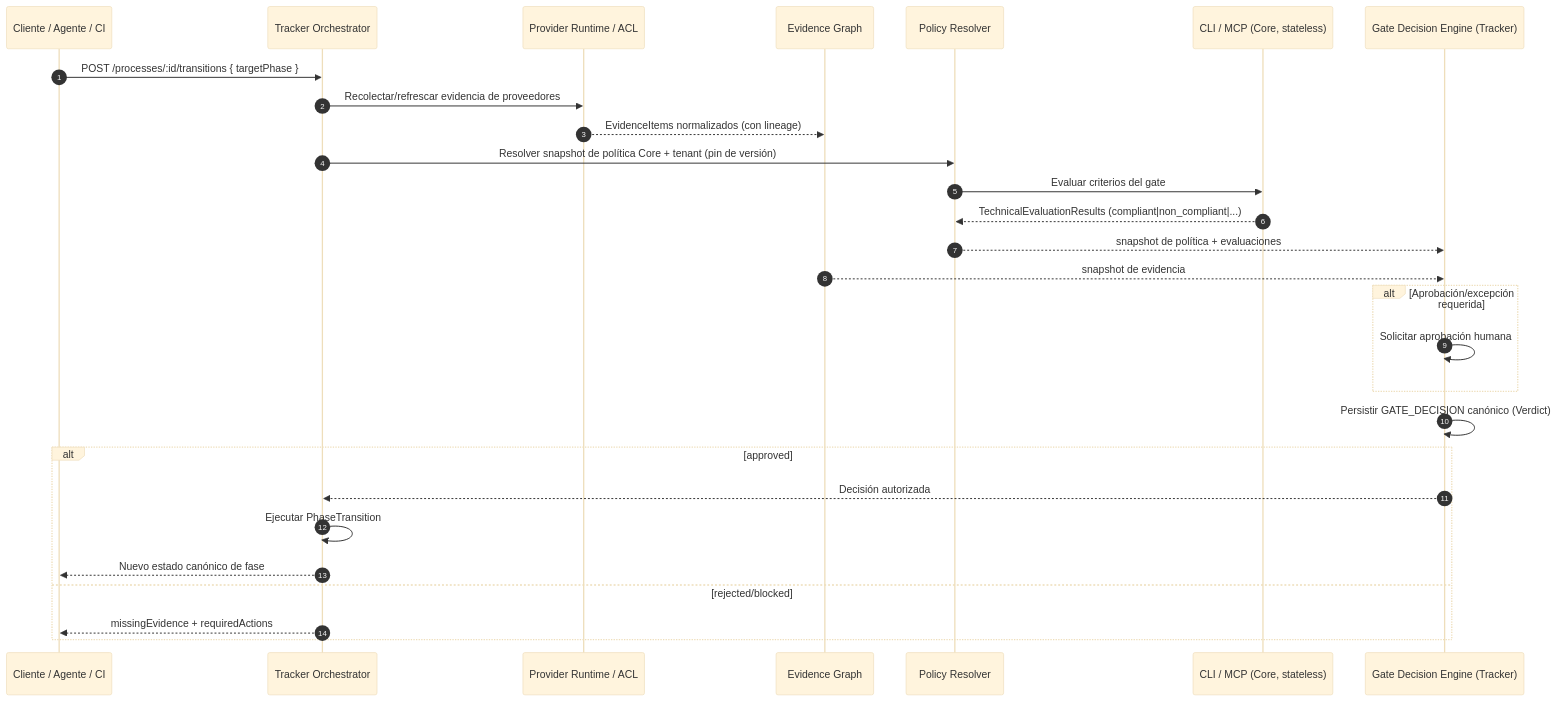
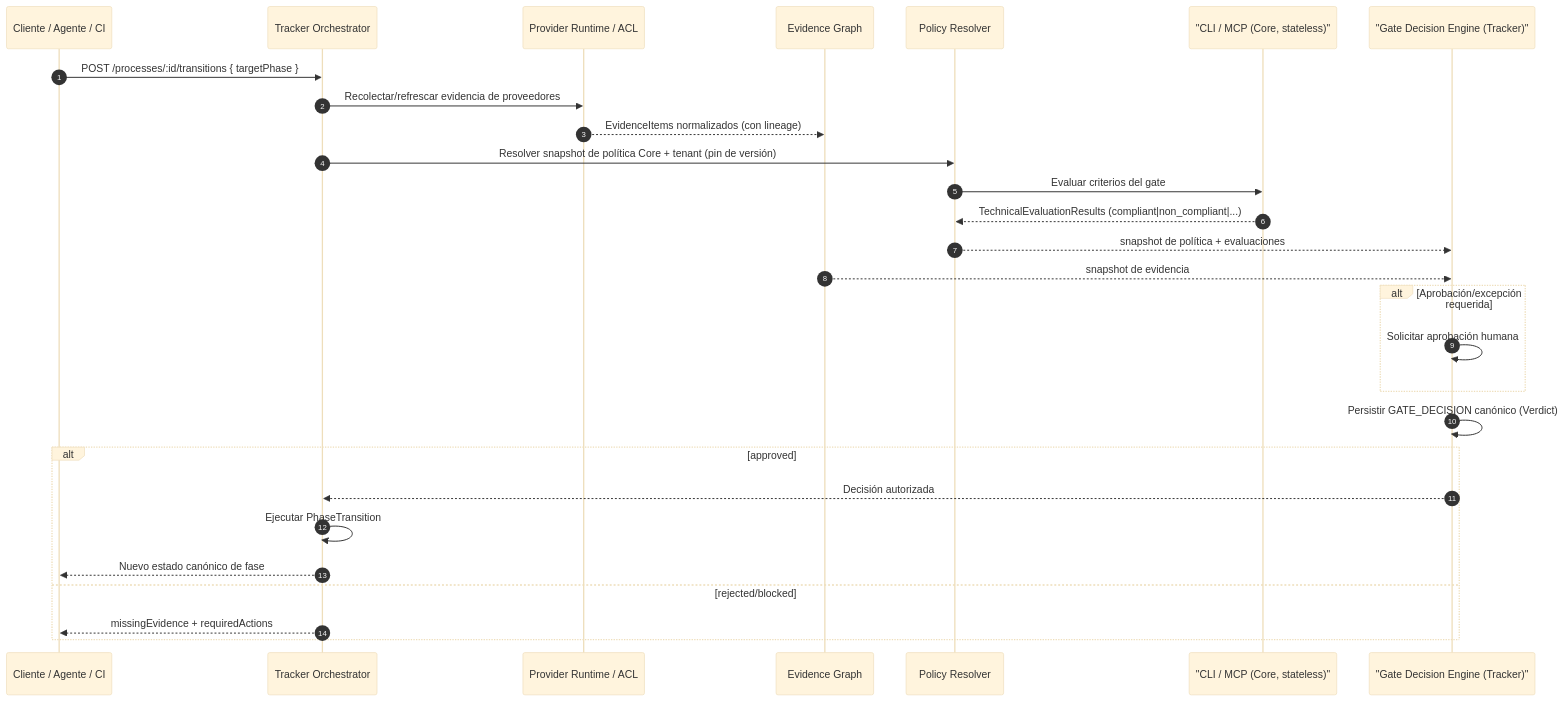
The fourth of 4 diagrams in reference/core/product-initiative-governance-redesign.es.md (beyondnetcode/evolith_arch32), drawn with Mermaid (base theme) before and after one commit. The commit also changed other lines of this file and 6 other files, not shown here.

First line of the commit message:
fix(docs): green the documentation validator (links, symbols, mermaid)

````diff
--- a/reference/core/product-initiative-governance-redesign.es.md
+++ b/reference/core/product-initiative-governance-redesign.es.md
@@ -1616,30 +1616,30 @@
 ```mermaid
 sequenceDiagram
     autonumber
     participant C as Cliente / Agente / CI
     participant T as Tracker Orchestrator
     participant P as Provider Runtime / ACL
     participant E as Evidence Graph
     participant R as Policy Resolver
-    participant V as CLI / MCP (Core, stateless)
-    participant D as Gate Decision Engine (Tracker)
+    participant V as "CLI / MCP (Core, stateless)"
+    participant D as "Gate Decision Engine (Tracker)"
     C->>T: POST /processes/:id/transitions { targetPhase }
     T->>P: Recolectar/refrescar evidencia de proveedores
     P-->>E: EvidenceItems normalizados (con lineage)
     T->>R: Resolver snapshot de política Core + tenant (pin de versión)
     R->>V: Evaluar criterios del gate
     V-->>R: TechnicalEvaluationResults (compliant|non_compliant|...)
     R-->>D: snapshot de política + evaluaciones
     E-->>D: snapshot de evidencia
     alt Aprobación/excepción requerida
         D->>D: Solicitar aprobación humana
     end
     D->>D: Persistir GATE_DECISION canónico (Verdict)
     alt approved
         D-->>T: Decisión autorizada
         T->>T: Ejecutar PhaseTransition
         T-->>C: Nuevo estado canónico de fase
     else rejected/blocked
         T-->>C: missingEvidence + requiredActions
     end
 ```
````
